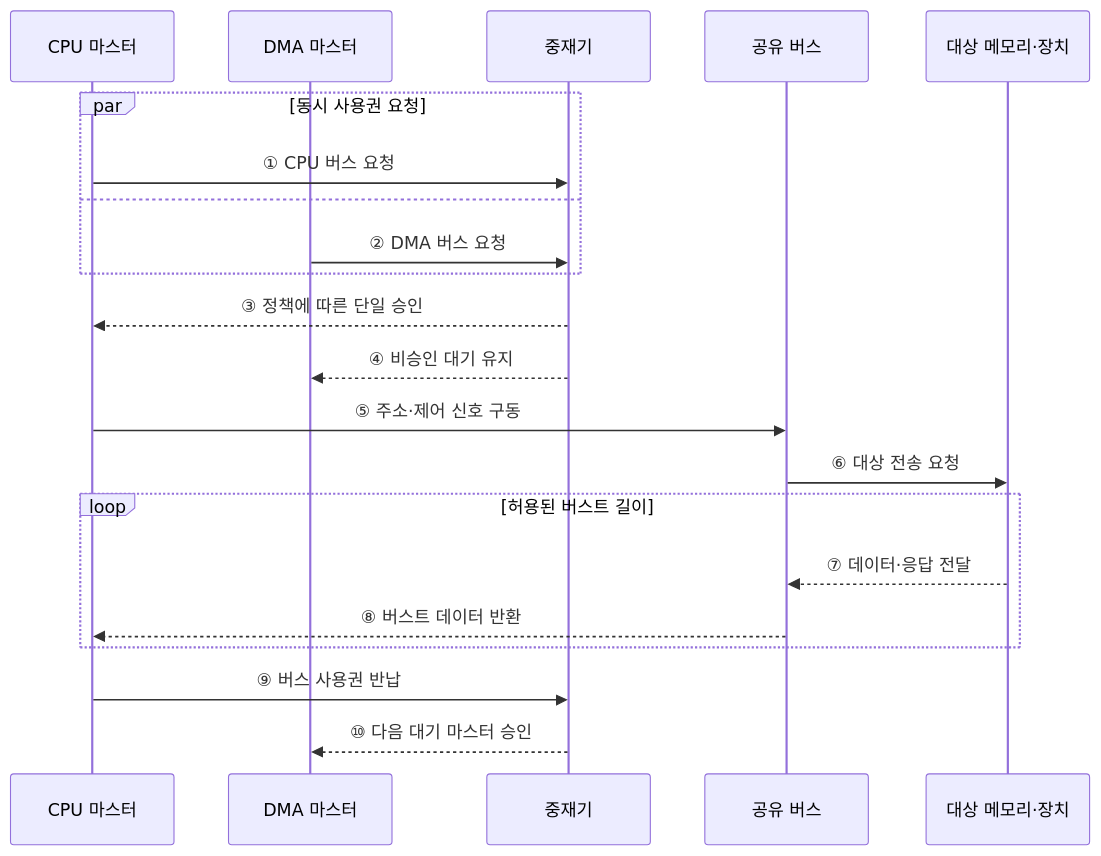
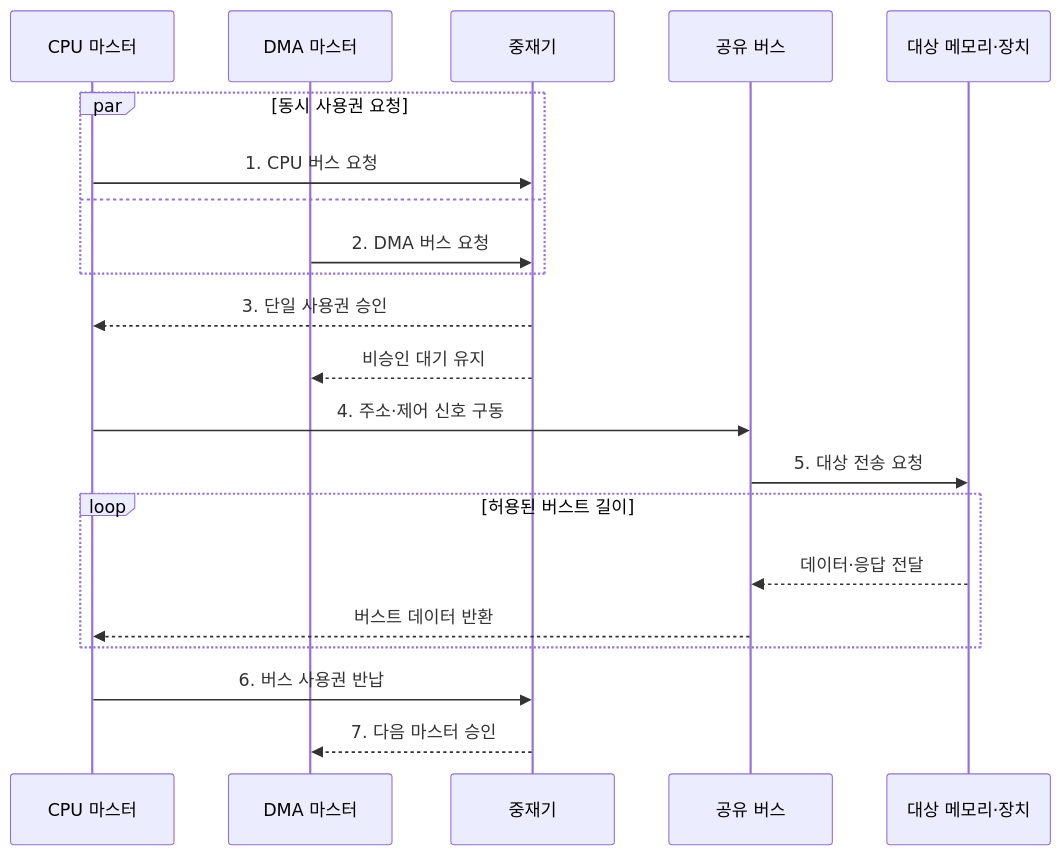
Before and after one commit to agnusdei1207/knowledge-base: the second of 2 diagrams in src/content/docs/notes/02-hardware/036_bus_arbitration.md, drawn with Mermaid. The commit also changed other lines of this file and 20 other files, not shown here.

````diff
--- a/src/content/docs/notes/02-hardware/036_bus_arbitration.md
+++ b/src/content/docs/notes/02-hardware/036_bus_arbitration.md
@@ -74,23 +82,23 @@
 ```mermaid
 sequenceDiagram
     participant C as CPU 마스터
     participant D as DMA 마스터
     participant A as 중재기
     participant B as 공유 버스
     participant T as 대상 메모리·장치
     par 동시 사용권 요청
-        C->>A: ① CPU 버스 요청
+        C->>A: 1. CPU 버스 요청
     and
-        D->>A: ② DMA 버스 요청
+        D->>A: 2. DMA 버스 요청
     end
-    A-->>C: ③ 정책에 따른 단일 승인
-    A-->>D: ④ 비승인 대기 유지
-    C->>B: ⑤ 주소·제어 신호 구동
-    B->>T: ⑥ 대상 전송 요청
+    A-->>C: 3. 단일 사용권 승인
+    A-->>D: 비승인 대기 유지
+    C->>B: 4. 주소·제어 신호 구동
+    B->>T: 5. 대상 전송 요청
     loop 허용된 버스트 길이
-        T-->>B: ⑦ 데이터·응답 전달
-        B-->>C: ⑧ 버스트 데이터 반환
+        T-->>B: 데이터·응답 전달
+        B-->>C: 버스트 데이터 반환
     end
-    C->>A: ⑨ 버스 사용권 반납
-    A-->>D: ⑩ 다음 대기 마스터 승인
+    C->>A: 6. 버스 사용권 반납
+    A-->>D: 7. 다음 마스터 승인
 ```
````
